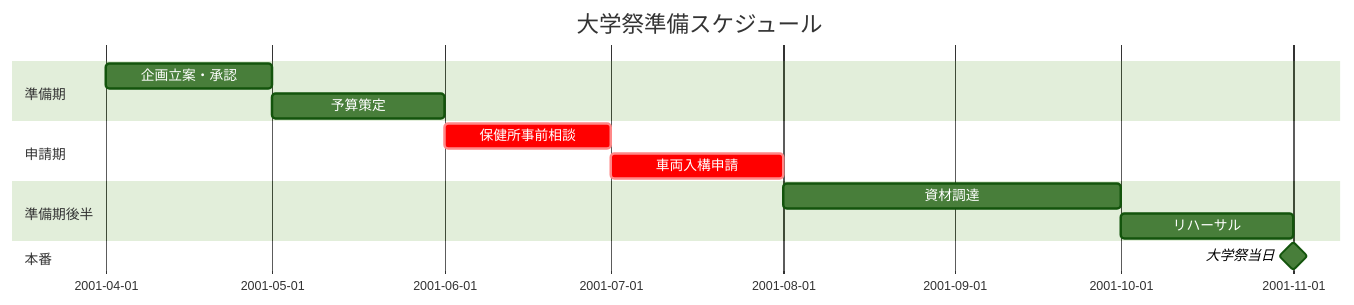
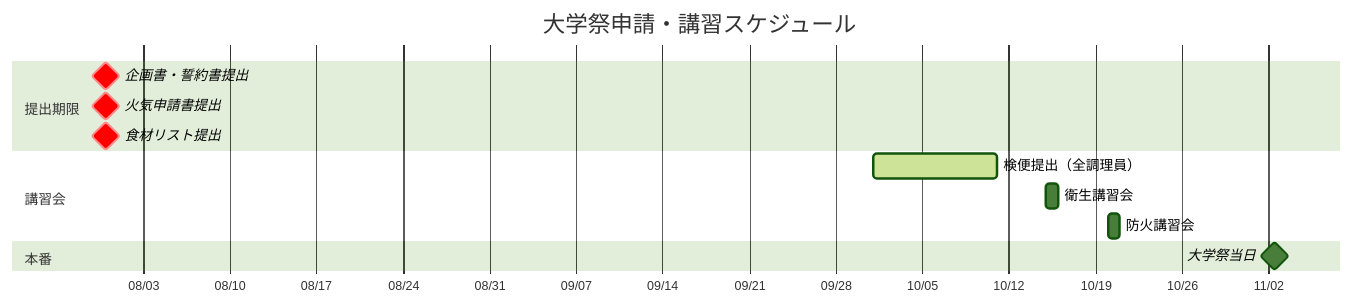
One commit to take-bikes/docs changed the diagram in management/schedule.mdx. Above: the diagram before and after it, drawn with Mermaid (forest theme). The commit also changed other lines of this file and 9 other files, not shown here.

````diff
--- a/management/schedule.mdx
+++ b/management/schedule.mdx
@@ -18,16 +18,19 @@
 ```mermaid
 gantt
-    title 大学祭準備スケジュール
-    dateFormat  YYYY-MM
-    section 準備期
-    企画立案・承認      :04, 1M
-    予算策定            :05, 1M
-    section 申請期
-    保健所事前相談      :crit, 06, 1M
-    車両入構申請        :crit, 07, 1M
-    section 準備期後半
-    資材調達            :08, 2M
-    リハーサル          :10, 1M
+    title 大学祭申請・講習スケジュール
+    dateFormat  MM-DD
+    axisFormat  %m/%d
+
+    section 提出期限
+    企画書・誓約書提出  :crit, milestone, 07-31, 0d
+    火気申請書提出      :crit, milestone, 07-31, 0d
+    食材リスト提出      :crit, milestone, 07-31, 0d
+    
+    section 講習会
+    検便提出（全調理員） :active, 10-01, 10d
+    衛生講習会          :10-15, 1d
+    防火講習会          :10-20, 1d
+    
     section 本番
-    大学祭当日          :milestone, 11, 0d
+    大学祭当日          :milestone, 11-01, 3d
 ```
````
